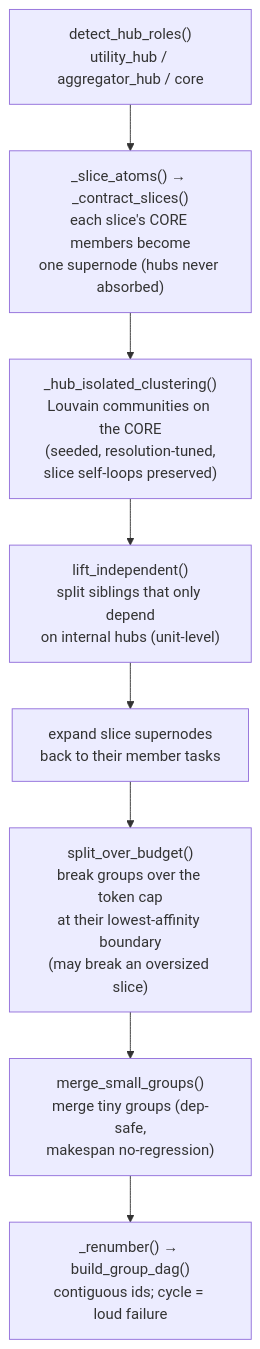
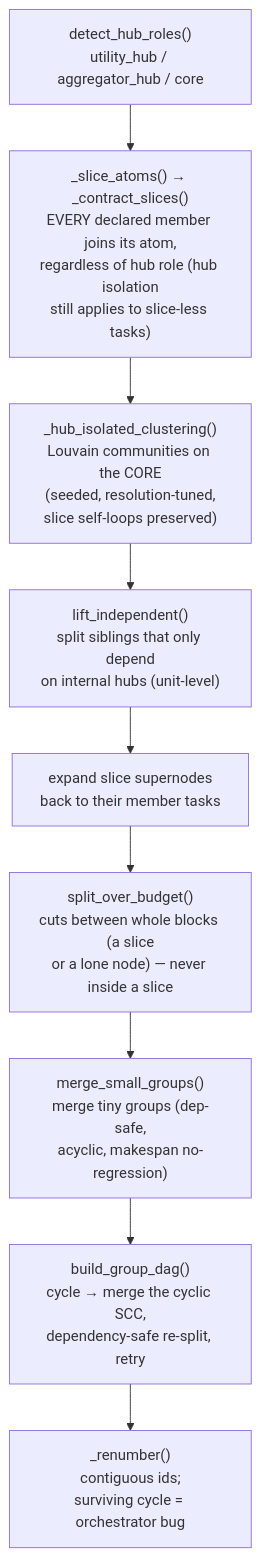
Before and after one commit to Giovani-Merlin/smart_mcps: the fourth of 4 diagrams in docs/orchestrator-grouping.md, drawn with Mermaid. The commit also changed other lines of this file, not shown here.

First line of the commit message:
docs(orchestrator): named-grouping layout, slice hard invariant, pricing sweep

````diff
--- a/docs/orchestrator-grouping.md
+++ b/docs/orchestrator-grouping.md
@@ -253,11 +255,12 @@
 ```mermaid
 flowchart TD
     A["detect_hub_roles()<br/>utility_hub / aggregator_hub / core"] --> S
-    S["_slice_atoms() → _contract_slices()<br/>each slice's CORE members become<br/>one supernode (hubs never absorbed)"] --> B
+    S["_slice_atoms() → _contract_slices()<br/>EVERY declared member joins its atom,<br/>regardless of hub role (hub isolation<br/>still applies to slice-less tasks)"] --> B
     B["_hub_isolated_clustering()<br/>Louvain communities on the CORE<br/>(seeded, resolution-tuned,<br/>slice self-loops preserved)"] --> C
     C["lift_independent()<br/>split siblings that only depend<br/>on internal hubs (unit-level)"] --> X
     X["expand slice supernodes<br/>back to their member tasks"] --> D
-    D["split_over_budget()<br/>break groups over the token cap<br/>at their lowest-affinity boundary<br/>(may break an oversized slice)"] --> E
-    E["merge_small_groups()<br/>merge tiny groups (dep-safe,<br/>makespan no-regression)"] --> F
-    F["_renumber() → build_group_dag()<br/>contiguous ids; cycle = loud failure"]
+    D["split_over_budget()<br/>cuts between whole blocks (a slice<br/>or a lone node) — never inside a slice"] --> E
+    E["merge_small_groups()<br/>merge tiny groups (dep-safe,<br/>acyclic, makespan no-regression)"] --> F
+    F["build_group_dag()<br/>cycle → merge the cyclic SCC,<br/>dependency-safe re-split, retry"] --> R
+    R["_renumber()<br/>contiguous ids;<br/>surviving cycle = orchestrator bug"]
 ```
````
